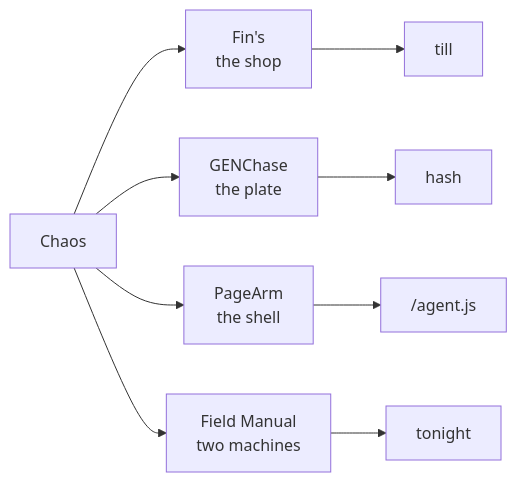
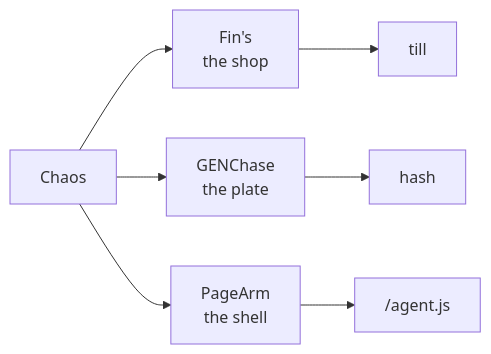
The diagram in README.md (SharpMeow/SharpMeow), drawn with Mermaid before and after one commit. The commit also changed other lines of this file, not shown here.

````diff
--- a/README.md
+++ b/README.md
@@ -25,12 +24,10 @@
 ```mermaid
 flowchart LR
   C[Chaos]
   C --> F["Fin's<br/>the shop"]
   C --> G["GENChase<br/>the plate"]
   C --> P["PageArm<br/>the shell"]
-  C --> M["Field Manual<br/>two machines"]
   F --> T[till]
   G --> H[hash]
   P --> U["/agent.js"]
-  M --> N[tonight]
 ```
````
